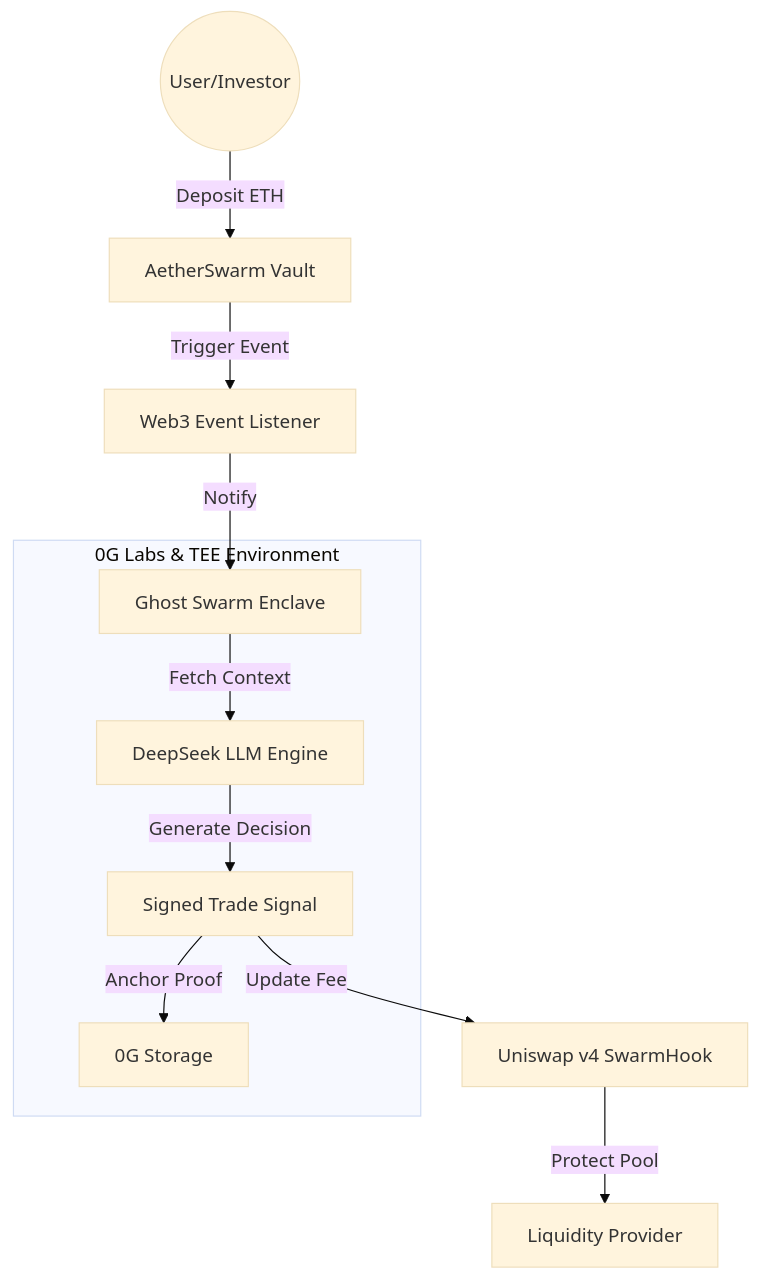
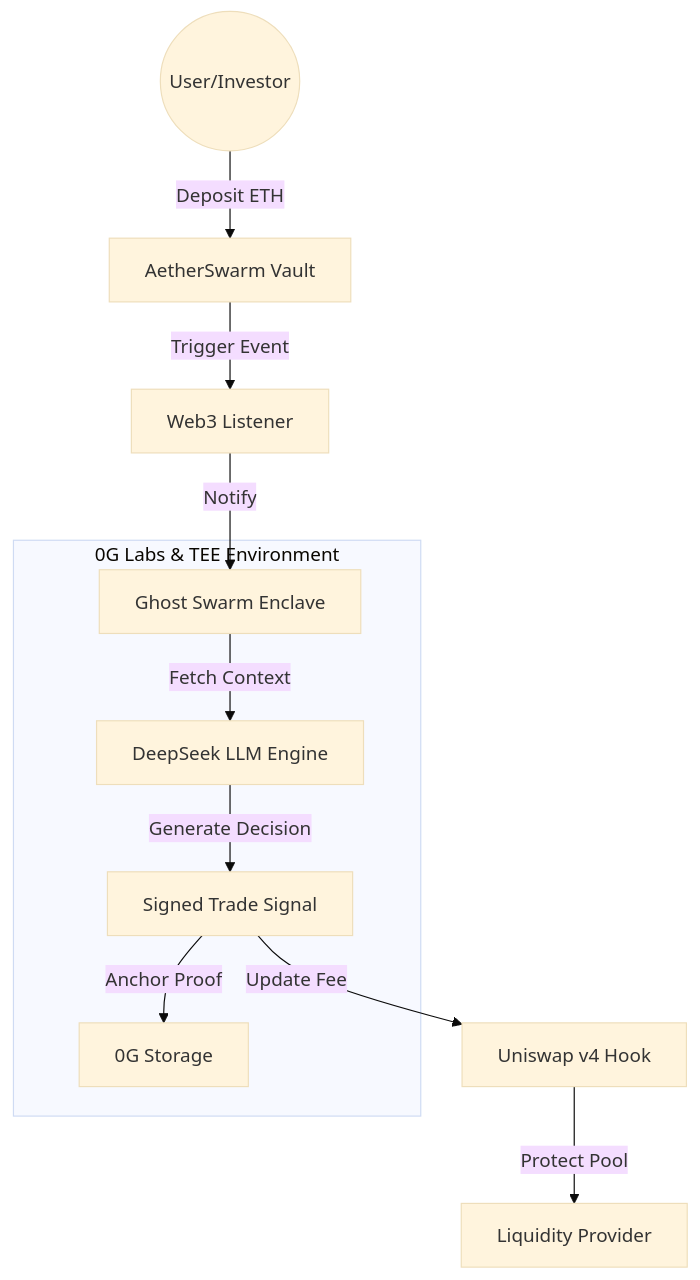
The diagram in README.md (themaden/Aetherswarm), drawn with Mermaid (base theme) before and after one commit.

Commit message:
fix: mermaid diagram syntax in README

````diff
--- a/README.md
+++ b/README.md
@@ -37,15 +37,15 @@
 ```mermaid
-graph TD
-    User((User/Investor)) -->|Deposit ETH| Vault[AetherSwarm Vault]
-    Vault -->|Trigger Event| Listener[Web3 Event Listener]
-    Listener -->|Notify| Swarm[Ghost Swarm Enclave]
+flowchart TD
+    User((User/Investor)) -- "Deposit ETH" --> Vault[AetherSwarm Vault]
+    Vault -- "Trigger Event" --> Listener[Web3 Listener]
+    Listener -- "Notify" --> Swarm[Ghost Swarm Enclave]
     
     subgraph "0G Labs & TEE Environment"
-    Swarm -->|Fetch Context| DeepSeek[DeepSeek LLM Engine]
-    DeepSeek -->|Generate Decision| Decision[Signed Trade Signal]
-    Decision -->|Anchor Proof| OGStorage[0G Storage]
+    Swarm -- "Fetch Context" --> DeepSeek[DeepSeek LLM Engine]
+    DeepSeek -- "Generate Decision" --> Decision[Signed Trade Signal]
+    Decision -- "Anchor Proof" --> OGStorage[0G Storage]
     end
     
-    Decision -->|Update Fee| Hook[Uniswap v4 SwarmHook]
-    Hook -->|Protect Pool| LP[Liquidity Provider]
+    Decision -- "Update Fee" --> Hook[Uniswap v4 Hook]
+    Hook -- "Protect Pool" --> LP[Liquidity Provider]
 ```
````
